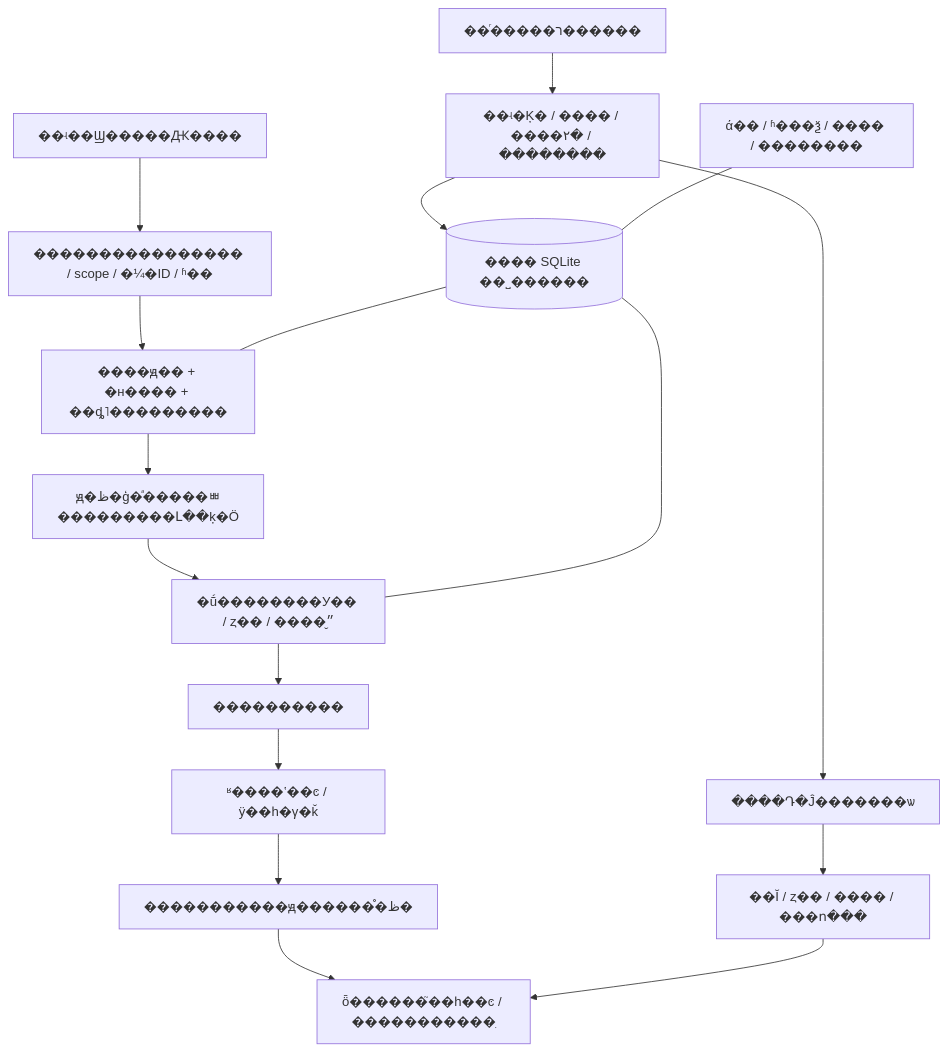
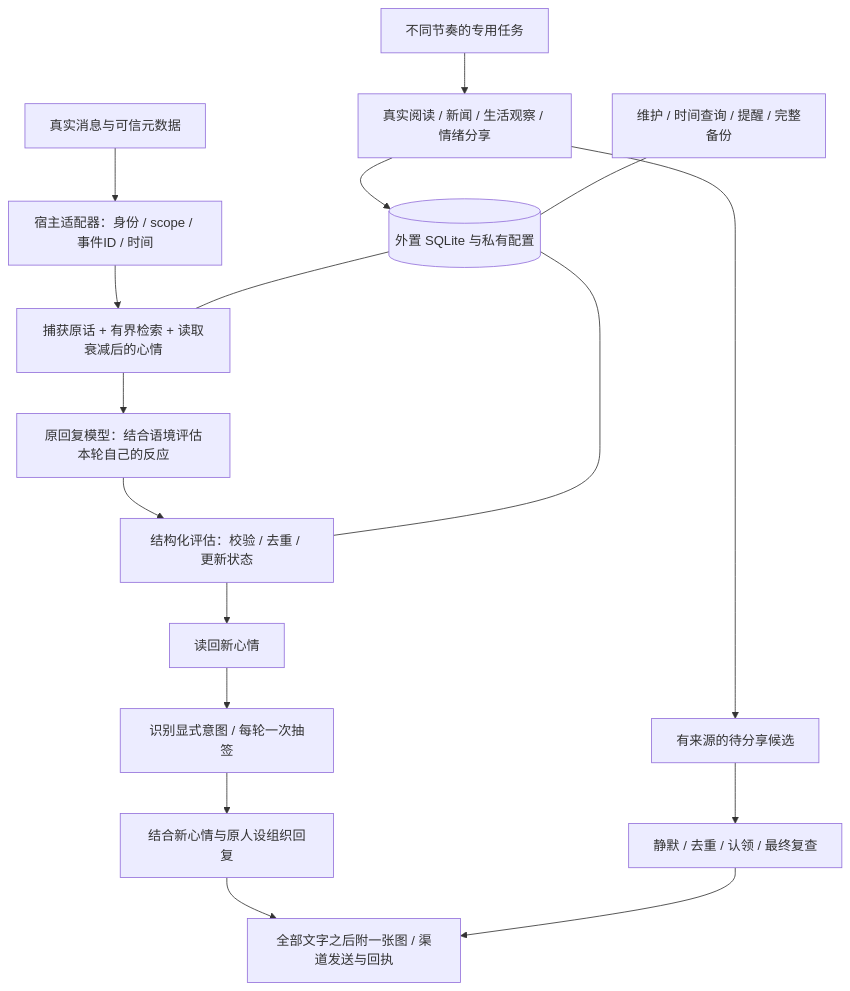
Before and after one commit to BrianChen33/memory-bridge-personal-ai-agent: the diagram in docs/SYSTEM_REPLICATION.md, drawn with Mermaid. The commit also changed other lines of this file and 16 other files, not shown here.

````diff
--- a/docs/SYSTEM_REPLICATION.md
+++ b/docs/SYSTEM_REPLICATION.md
@@ -19,19 +19,19 @@
 ```mermaid
 flowchart TD
-    IN[��ʵ��Ϣ�����Ԫ����] --> AD[���������������� / scope / �¼�ID / ʱ��]
-    AD --> PRE[����ԭ�� + �н���� + ��ȡ˥���������]
-    PRE --> MODEL[ԭ�ظ�ģ�ͣ�����ﾳ���������Լ��ķ�Ӧ]
-    MODEL --> ASSESS[�ṹ��������У�� / ȥ�� / ����״̬]
-    ASSESS --> MOOD[����������]
-    MOOD --> DRAW[ʶ����ʽ��ͼ / ÿ��һ�γ�ǩ]
-    DRAW --> REPLY[�����������ԭ������֯�ظ�]
-    REPLY --> OUT[ȫ������֮��һ��ͼ / �����������ִ]
-    DB[(���� SQLite ��˽������)] --- PRE
+    IN[真实消息与可信元数据] --> AD[宿主适配器：身份 / scope / 事件ID / 时间]
+    AD --> PRE[捕获原话 + 有界检索 + 读取衰减后的心情]
+    PRE --> MODEL[原回复模型：结合语境评估本轮自己的反应]
+    MODEL --> ASSESS[结构化评估：校验 / 去重 / 更新状态]
+    ASSESS --> MOOD[读回新心情]
+    MOOD --> DRAW[识别显式意图 / 每轮一次抽签]
+    DRAW --> REPLY[结合新心情与原人设组织回复]
+    REPLY --> OUT[全部文字之后附一张图 / 渠道发送与回执]
+    DB[(外置 SQLite 与私有配置)] --- PRE
     DB --- ASSESS
-    TASK[��ͬ�����ר������] --> READ[��ʵ�Ķ� / ���� / ����۲� / ��������]
+    TASK[不同节奏的专用任务] --> READ[真实阅读 / 新闻 / 生活观察 / 情绪分享]
     READ --> DB
-    READ --> PENDING[����Դ�Ĵ�������ѡ]
-    PENDING --> GATE[��Ĭ / ȥ�� / ���� / ���ո���]
+    READ --> PENDING[有来源的待分享候选]
+    PENDING --> GATE[静默 / 去重 / 认领 / 最终复查]
     GATE --> OUT
-    OPS[ά�� / ʱ���ѯ / ���� / ��������] --- DB
+    OPS[维护 / 时间查询 / 提醒 / 完整备份] --- DB
 ```
````
